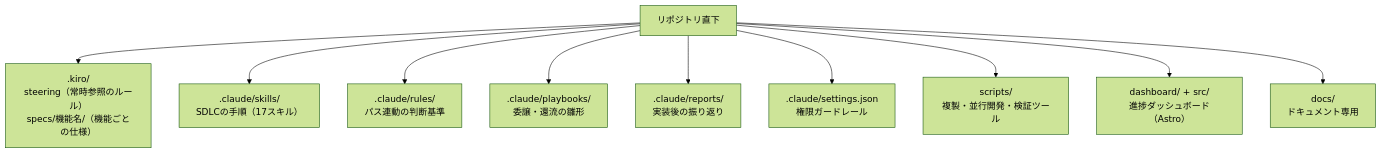
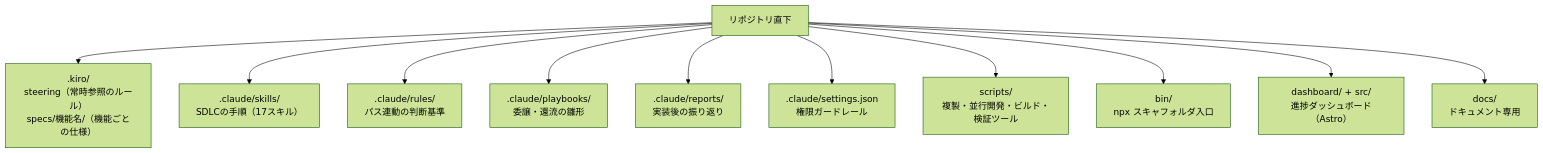
Before and after one commit to kumamoto-kouki/conductor-sdlc-template: the fourth of 4 diagrams in README.md, drawn with Mermaid (forest theme). The commit also changed other lines of this file and 3 other files, not shown here.

````diff
--- a/README.md
+++ b/README.md
@@ -106,13 +106,14 @@
 ```mermaid
 flowchart TD
     ROOT["リポジトリ直下"]
     ROOT --> KIRO[".kiro/<br/>steering（常時参照のルール）<br/>specs/機能名/（機能ごとの仕様）"]
     ROOT --> SKILLS[".claude/skills/<br/>SDLCの手順（17スキル）"]
     ROOT --> RULESD[".claude/rules/<br/>パス連動の判断基準"]
     ROOT --> PLAYBOOKS[".claude/playbooks/<br/>委譲・還流の雛形"]
     ROOT --> REPORTSD[".claude/reports/<br/>実装後の振り返り"]
     ROOT --> SETTINGSD[".claude/settings.json<br/>権限ガードレール"]
-    ROOT --> SCRIPTSD["scripts/<br/>複製・並行開発・検証ツール"]
+    ROOT --> SCRIPTSD["scripts/<br/>複製・並行開発・ビルド・検証ツール"]
+    ROOT --> BIND["bin/<br/>npx スキャフォルダ入口"]
     ROOT --> DASHBOARDD["dashboard/ + src/<br/>進捗ダッシュボード（Astro）"]
     ROOT --> DOCSD["docs/<br/>ドキュメント専用"]
 ```
````
